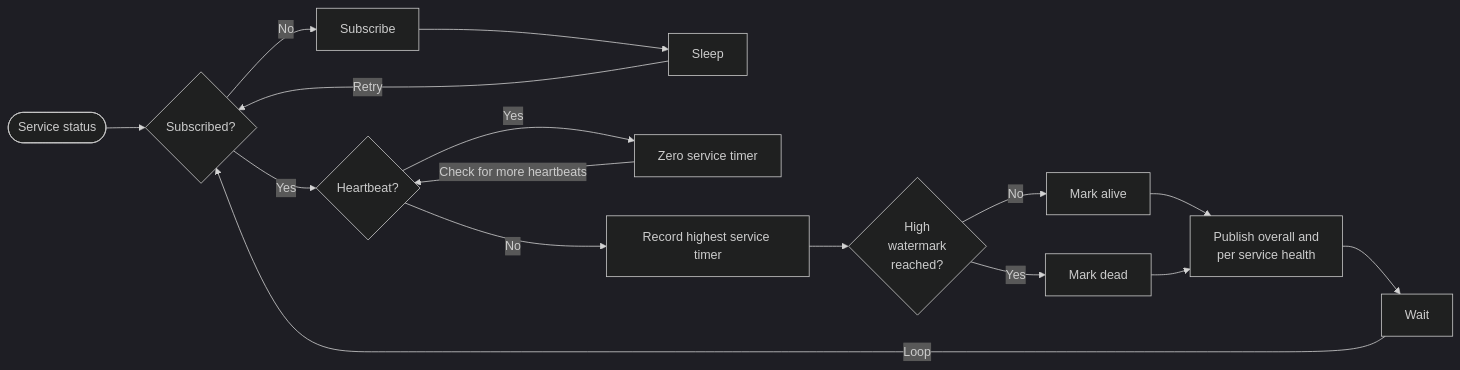
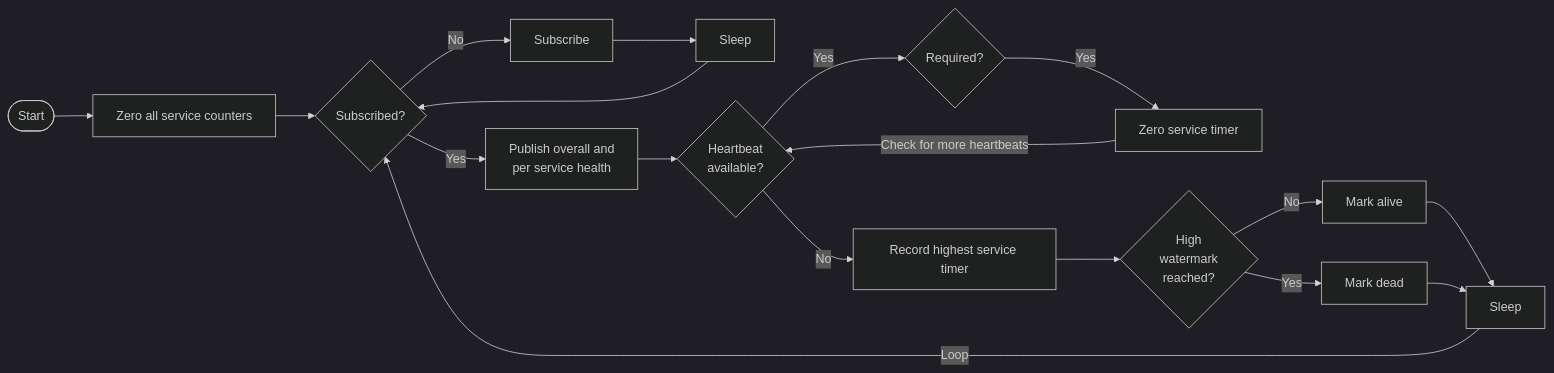
Before and after one commit to ckuhtz/ham: the sixth of 6 diagrams in doc/workflows.md, drawn with Mermaid (dark theme). The commit also changed other lines of this file, not shown here.

````diff
--- a/doc/workflows.md
+++ b/doc/workflows.md
@@ -133,19 +197,21 @@
 ```mermaid
 flowchart LR;
-    Health([Service status])
-    Health --> Subscribed0{Subscribed?};
+    Health([Start]);
+    Health --> ZeroAll[Zero all service counters];
+    ZeroAll --> Subscribed0{Subscribed?};
     Subscribed0 -->|No| Subscribed1[Subscribe];
     Subscribed1 --> Sleep0[Sleep];
-    Sleep0 -->|Retry| Subscribed0;
-    Subscribed0 -->|Yes| Heartbeat0{Heartbeat?};
-    Heartbeat0 -->|Yes| Zero0[Zero service timer];
+    Sleep0 --> Subscribed0;
+    Subscribed0 -->|Yes| Publish0[Publish overall and<br>per service health];
+    Publish0 --> Heartbeat0{Heartbeat<br>available?};
+    Heartbeat0 -->|Yes| Required0{Required?};
+    Required0 -->|Yes| Zero0[Zero service timer];
     Zero0 -->|Check for more heartbeats| Heartbeat0;
     Heartbeat0 -->|No| Watermark0[Record highest service timer];
     Watermark0 --> Watermark1{High<br>watermark<br> reached?};
     Watermark1 --> |No| Alive0[Mark alive];
-    Alive0 --> Publish0;
+    Alive0 --> Sleep1[Sleep];
     Watermark1 --> |Yes| Dead0[Mark dead];
-    Dead0 --> Publish0[Publish overall and<br>per service health];
-    Publish0 --> Wait0[Wait];
-    Wait0 -->|Loop| Subscribed0;
+    Dead0 --> Sleep1;
+    Sleep1 -->|Loop| Subscribed0;
 ```
````
